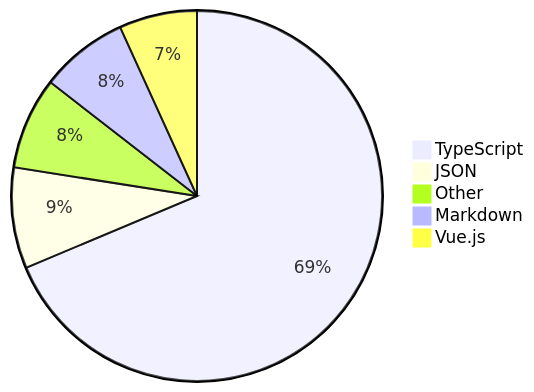
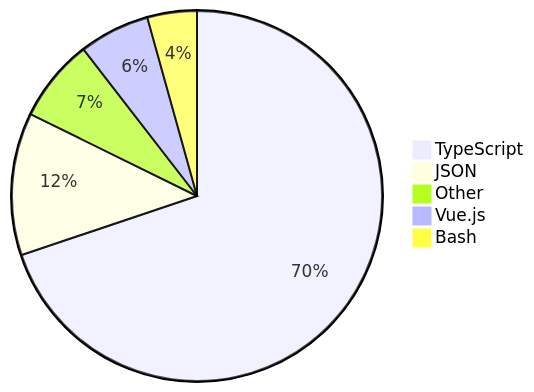
The diagram in README.md (skvggor/skvggor), drawn with Mermaid before and after one commit.

Commit message:
Updated waka-readme graph with new metrics

````diff
--- a/README.md
+++ b/README.md
@@ -39,8 +39,8 @@
 ```mermaid
 pie
-    "TypeScript" : 61.6
-    "JSON" : 7.9
-    "Other" : 7.2
-    "Markdown" : 6.9
-    "Vue.js" : 6.1
+    "TypeScript" : 64.6
+    "JSON" : 11.5
+    "Other" : 6.7
+    "Vue.js" : 5.7
+    "Bash" : 4.0
 ```
````
